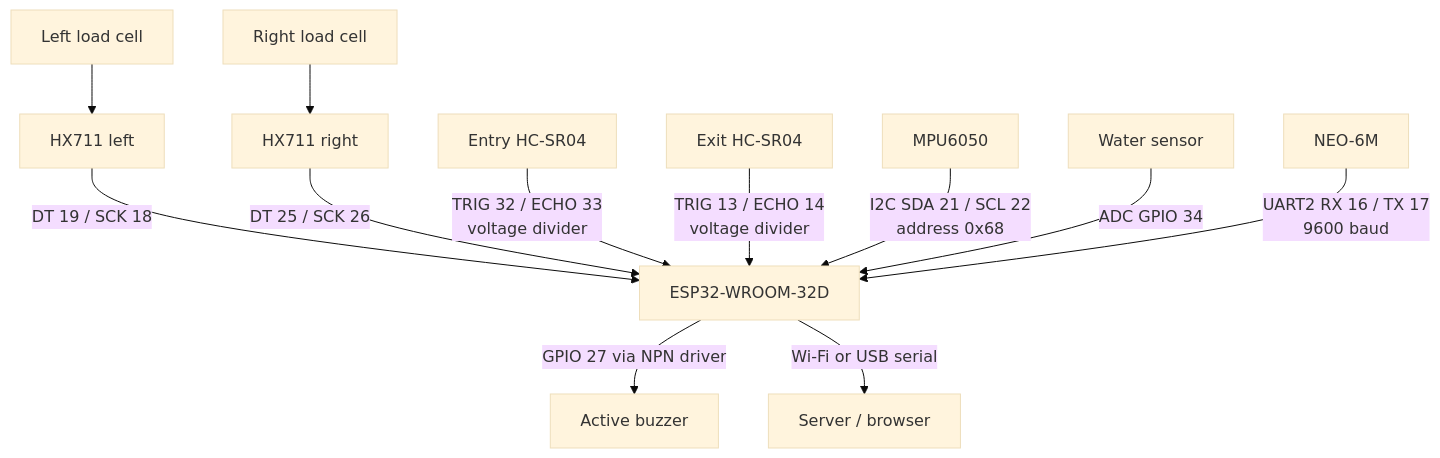
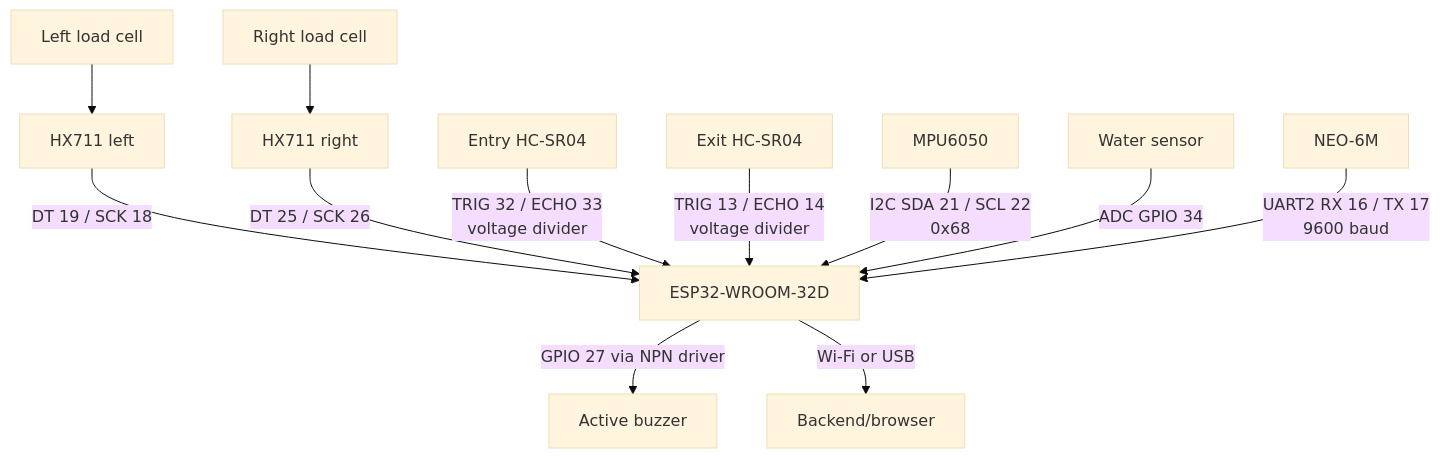
Before and after one commit to Jotimoy/AIoT-Smart-Launch-Risk-Assessment: the third of 5 diagrams in README.md, drawn with Mermaid (base theme). The commit also changed other lines of this file, not shown here.

Commit message:
docs: update README for auth and theme flow

````diff
--- a/README.md
+++ b/README.md
@@ -84,15 +109,15 @@
 ```mermaid
 flowchart TB
   ESP[ESP32-WROOM-32D]
   L[Left load cell] --> HX1[HX711 left]
   R[Right load cell] --> HX2[HX711 right]
   HX1 -->|DT 19 / SCK 18| ESP
   HX2 -->|DT 25 / SCK 26| ESP
   E1[Entry HC-SR04] -->|TRIG 32 / ECHO 33<br/>voltage divider| ESP
   E2[Exit HC-SR04] -->|TRIG 13 / ECHO 14<br/>voltage divider| ESP
-  IMU[MPU6050] -->|I2C SDA 21 / SCL 22<br/>address 0x68| ESP
+  IMU[MPU6050] -->|I2C SDA 21 / SCL 22<br/>0x68| ESP
   W[Water sensor] -->|ADC GPIO 34| ESP
   GPS[NEO-6M] -->|UART2 RX 16 / TX 17<br/>9600 baud| ESP
-  ESP -->|GPIO 27 via NPN driver| B[Active buzzer]
-  ESP -->|Wi-Fi or USB serial| NET[Server / browser]
+  ESP -->|GPIO 27 via NPN driver| BUZ[Active buzzer]
+  ESP -->|Wi-Fi or USB| SERVER[Backend/browser]
 ```
````
